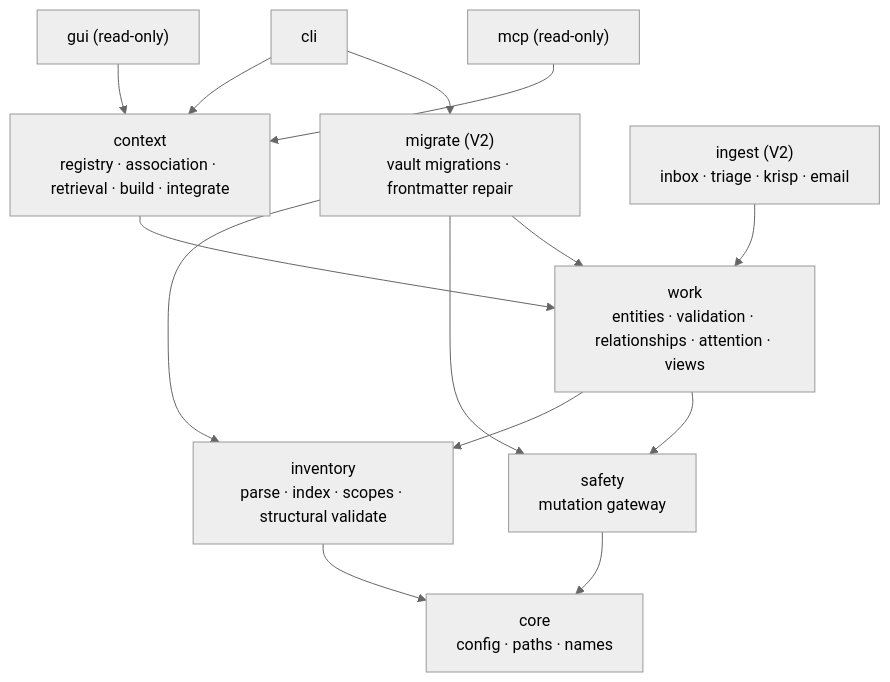
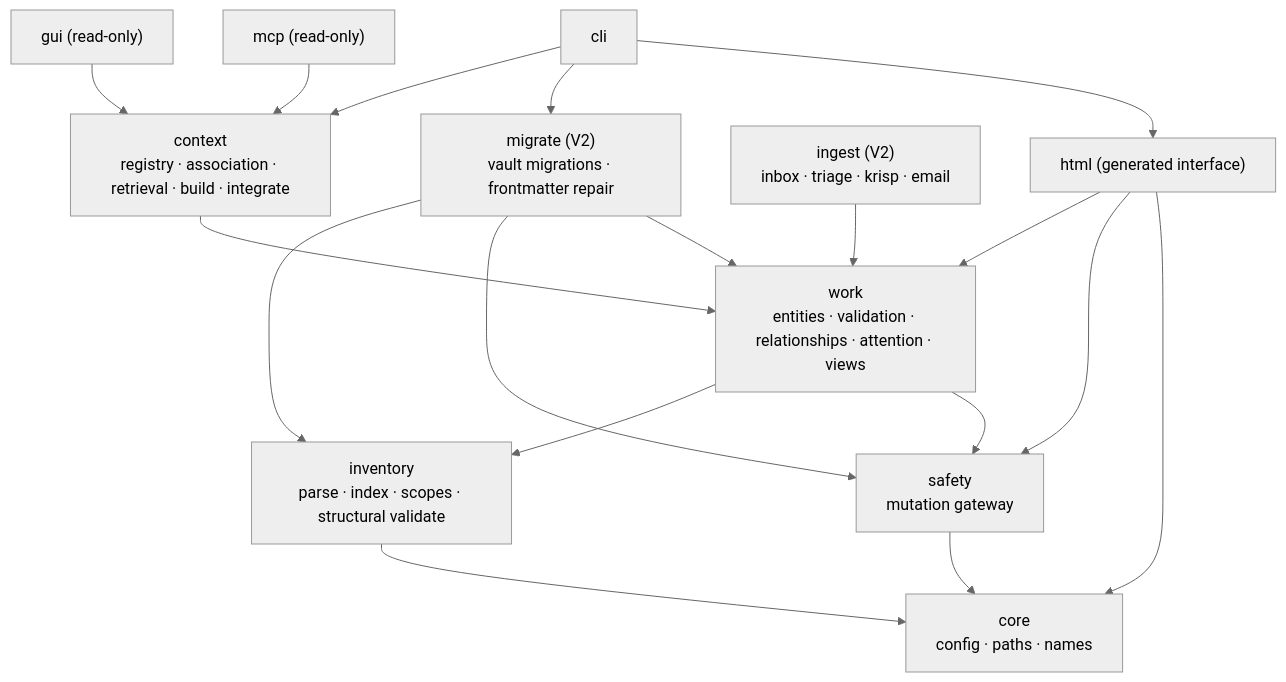
The diagram in docs/architecture.md (creesem/WorkSync), drawn with Mermaid (neutral theme) before and after one commit. The commit also changed other lines of this file and 10 other files, not shown here.

Commit message:
feat: build generated HTML interface home page

````diff
--- a/docs/architecture.md
+++ b/docs/architecture.md
@@ -10,30 +10,35 @@
 ```mermaid
 flowchart TD
     accTitle: WorkSync dependency direction
     accDescr: core is the shared kernel; inventory and safety are foundations; work, context and ingest build upward; cli, gui and mcp are consumers.
 
     core["core<br/>config · paths · names"]
     inv["inventory<br/>parse · index · scopes · structural validate"]
     safety["safety<br/>mutation gateway"]
     work["work<br/>entities · validation · relationships · attention · views"]
     migrate["migrate (V2)<br/>vault migrations · frontmatter repair"]
     ctx["context<br/>registry · association · retrieval · build · integrate"]
     ingest["ingest (V2)<br/>inbox · triage · krisp · email"]
     cli["cli"]
     gui["gui (read-only)"]
     mcp["mcp (read-only)"]
+    html["html (generated interface)"]
 
     inv --> core
     safety --> core
     work --> inv
     work --> safety
     migrate --> inv
     migrate --> safety
     migrate --> work
     ctx --> work
     ingest --> work
+    html --> work
+    html --> safety
+    html --> core
     cli --> ctx
     cli --> migrate
+    cli --> html
     gui --> ctx
     mcp --> ctx
 ```
````
